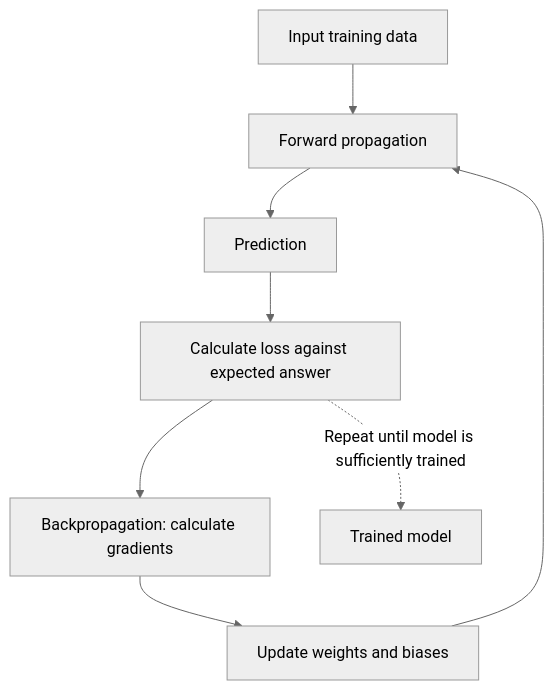
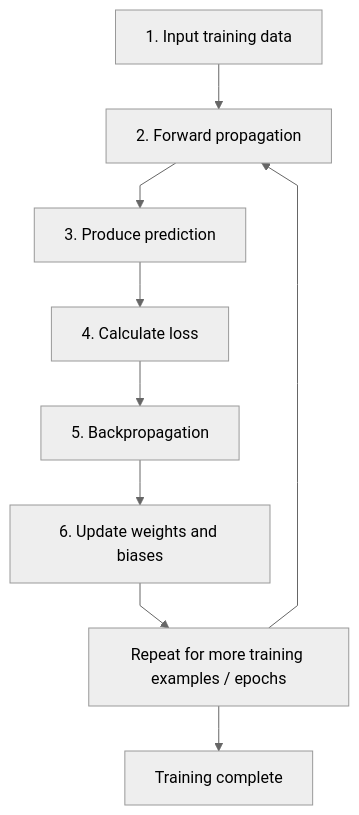
Before and after one commit to Bloom0509/AI-Notes: the second of 2 diagrams in AI-Native-Engineering/02-ai-ml-deep-learning-llm.md, drawn with Mermaid (neutral theme). The commit also changed other lines of this file, not shown here.

Commit message:
Improve neural network diagram spacing and alignment

````diff
--- a/AI-Native-Engineering/02-ai-ml-deep-learning-llm.md
+++ b/AI-Native-Engineering/02-ai-ml-deep-learning-llm.md
@@ -105,10 +109,12 @@
 ```mermaid
+%%{init: {"flowchart": {"nodeSpacing": 35, "rankSpacing": 45, "curve": "linear"}}}%%
 flowchart TD
-    A["Input training data"] --> B["Forward propagation"]
-    B --> C["Prediction"]
-    C --> D["Calculate loss against expected answer"]
-    D --> E["Backpropagation: calculate gradients"]
-    E --> F["Update weights and biases"]
-    F --> B
-    D -. "Repeat until model is sufficiently trained" .-> G["Trained model"]
+    A["1. Input training data"] --> B["2. Forward propagation"]
+    B --> C["3. Produce prediction"]
+    C --> D["4. Calculate loss"]
+    D --> E["5. Backpropagation"]
+    E --> F["6. Update weights and biases"]
+    F --> G["Repeat for more training examples / epochs"]
+    G --> B
+    G --> H["Training complete"]
 ```
````
